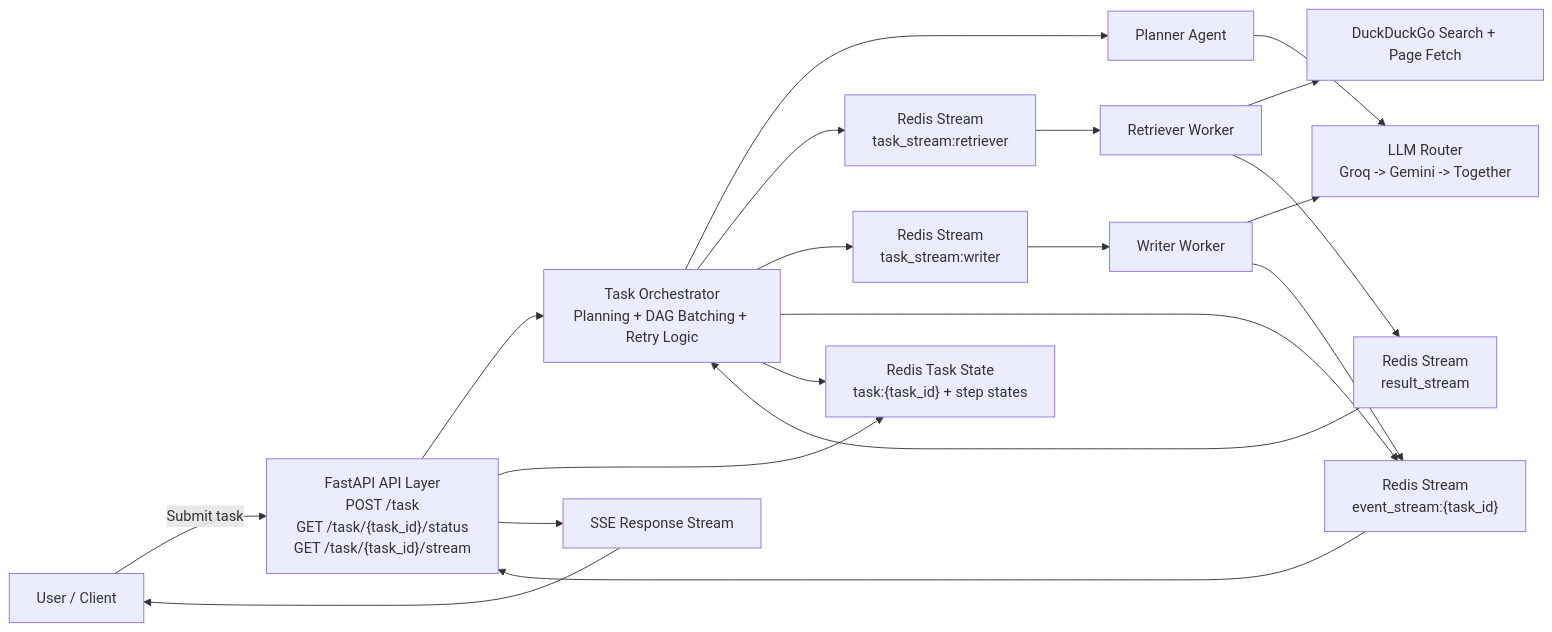
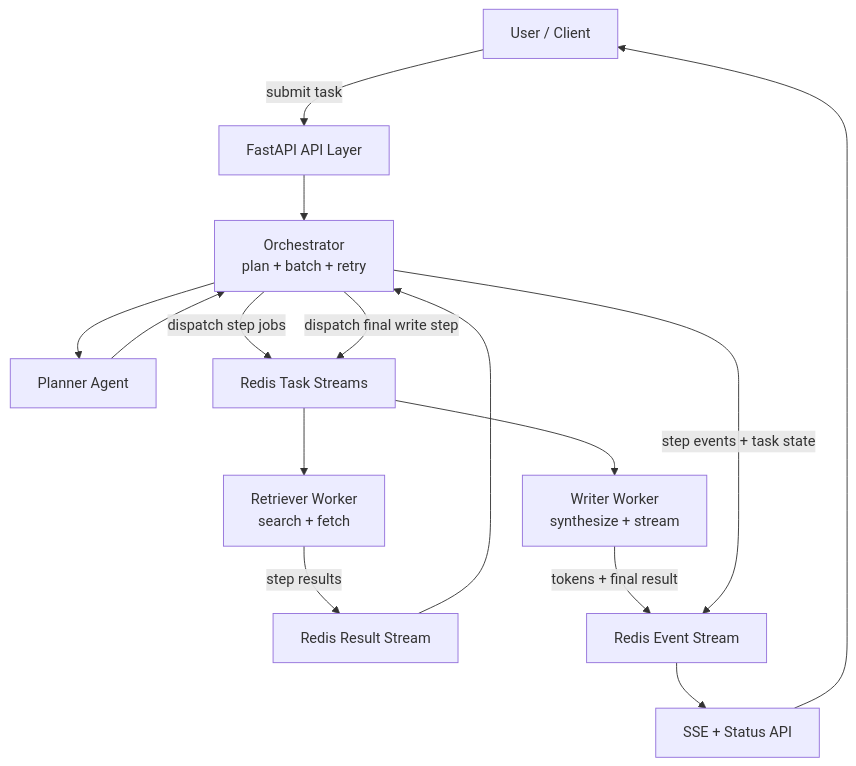
The diagram in README.md (Muru-Pan/Multi_Agent), drawn with Mermaid before and after one commit.

Commit message:
Simplify README architecture diagram

````diff
--- a/README.md
+++ b/README.md
@@ -17,37 +17,28 @@
 ```mermaid
-flowchart LR
+flowchart TD
     U["User / Client"]
-    API["FastAPI API Layer<br/>POST /task<br/>GET /task/{task_id}/status<br/>GET /task/{task_id}/stream"]
-    ORCH["Task Orchestrator<br/>Planning + DAG Batching + Retry Logic"]
+    API["FastAPI API Layer"]
+    ORCH["Orchestrator<br/>plan + batch + retry"]
     PLAN["Planner Agent"]
-    TS1["Redis Stream<br/>task_stream:retriever"]
-    TS2["Redis Stream<br/>task_stream:writer"]
-    RET["Retriever Worker"]
-    WR["Writer Worker"]
-    RS["Redis Stream<br/>result_stream"]
-    ES["Redis Stream<br/>event_stream:{task_id}"]
-    ROUTER["LLM Router<br/>Groq -> Gemini -> Together"]
-    WEB["DuckDuckGo Search + Page Fetch"]
-    SSE["SSE Response Stream"]
-    STATUS["Redis Task State<br/>task:{task_id} + step states"]
+    Q1["Redis Task Streams"]
+    RET["Retriever Worker<br/>search + fetch"]
+    Q2["Redis Result Stream"]
+    WR["Writer Worker<br/>synthesize + stream"]
+    EVT["Redis Event Stream"]
+    OUT["SSE + Status API"]
 
-    U -->|Submit task| API
+    U -->|"submit task"| API
     API --> ORCH
     ORCH --> PLAN
-    PLAN --> ROUTER
-    ORCH --> TS1
-    ORCH --> TS2
-    TS1 --> RET
-    RET --> WEB
-    RET --> RS
-    TS2 --> WR
-    WR --> ROUTER
-    WR --> ES
-    RS --> ORCH
-    ORCH --> ES
-    ORCH --> STATUS
-    API --> STATUS
-    ES --> API
-    API --> SSE
-    SSE --> U
+    PLAN --> ORCH
+    ORCH -->|"dispatch step jobs"| Q1
+    Q1 --> RET
+    RET -->|"step results"| Q2
+    Q2 --> ORCH
+    ORCH -->|"dispatch final write step"| Q1
+    Q1 --> WR
+    WR -->|"tokens + final result"| EVT
+    ORCH -->|"step events + task state"| EVT
+    EVT --> OUT
+    OUT --> U
 ```
````
